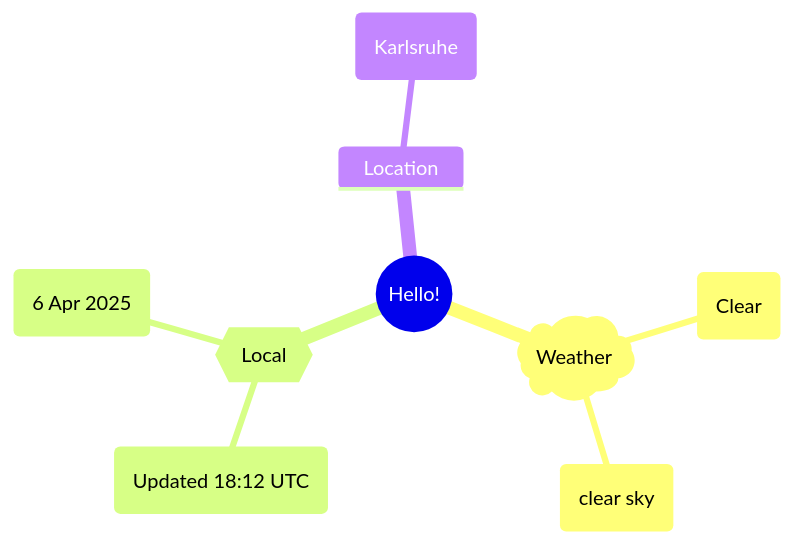
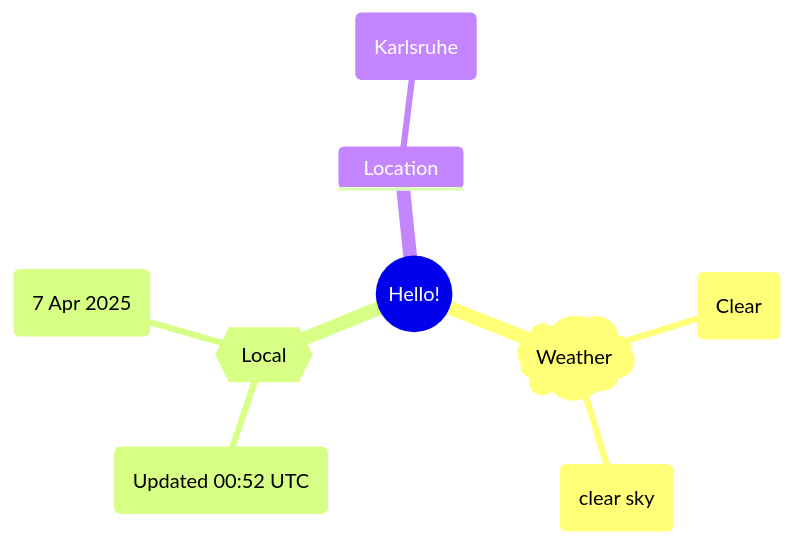
The first of 2 diagrams in README.md (Xosrov/Xosrov), drawn with Mermaid before and after one commit.

Commit message:
[bot] updated images

````diff
--- a/README.md
+++ b/README.md
@@ -3,12 +3,12 @@
 ```mermaid
 mindmap
   root((Hello!))
     )Weather(
         (Clear)
         (clear sky)
     {{Local}}
-        (Updated 18:12 UTC)
-        (6 Apr 2025)
+        (Updated 00:52 UTC)
+        (7 Apr 2025)
     Location
         (Karlsruhe)
 ```
````
